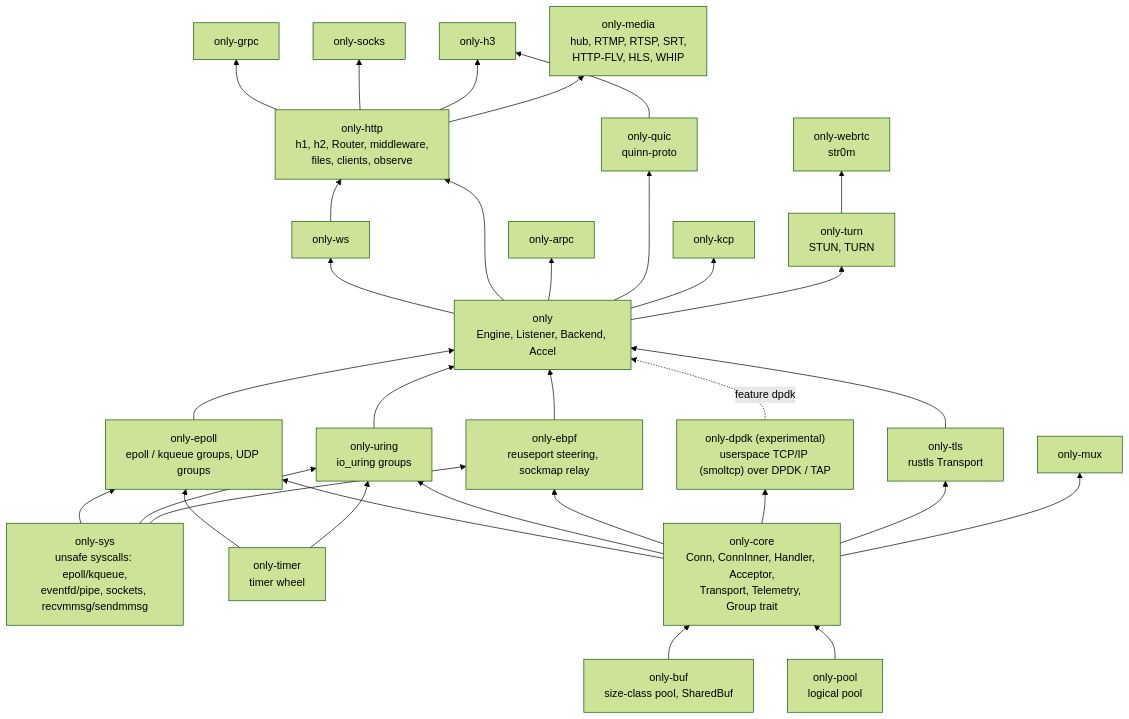
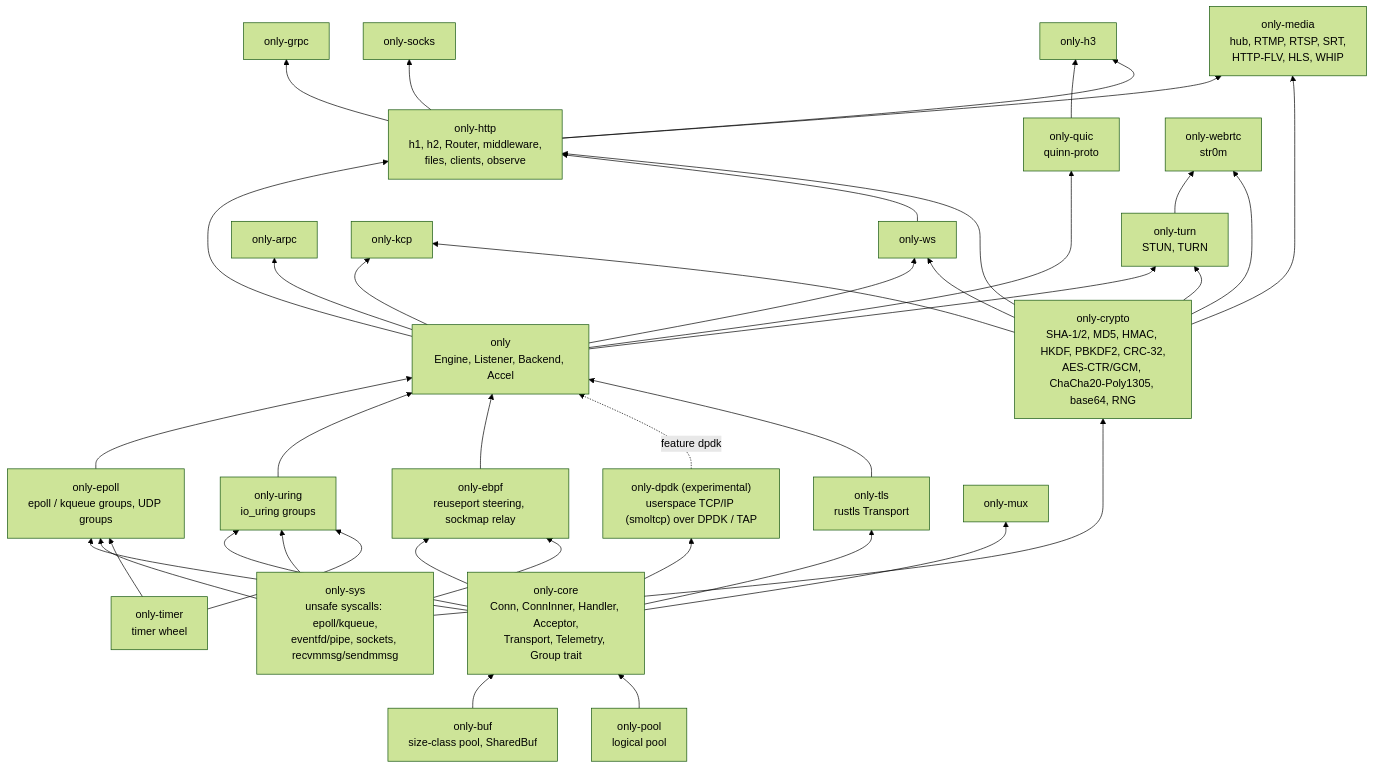
Before and after one commit to lesismal/akio: the first of 6 diagrams in docs/architecture.md, drawn with Mermaid (forest theme). The commit also changed other lines of this file and 90 other files, not shown here.

````diff
--- a/docs/architecture.md
+++ b/docs/architecture.md
@@ -13,58 +13,66 @@
 ```mermaid
 flowchart BT
     sys["only-sys<br/>unsafe syscalls: epoll/kqueue,<br/>eventfd/pipe, sockets, recvmmsg/sendmmsg"]
+    crypto["only-crypto<br/>SHA-1/2, MD5, HMAC, HKDF, PBKDF2, CRC-32,<br/>AES-CTR/GCM, ChaCha20-Poly1305, base64, RNG"]
     buf["only-buf<br/>size-class pool, SharedBuf"]
     timer["only-timer<br/>timer wheel"]
     pool["only-pool<br/>logical pool"]
     core["only-core<br/>Conn, ConnInner, Handler, Acceptor,<br/>Transport, Telemetry, Group trait"]
     epoll["only-epoll<br/>epoll / kqueue groups, UDP groups"]
     uring["only-uring<br/>io_uring groups"]
     ebpf["only-ebpf<br/>reuseport steering, sockmap relay"]
     dpdk["only-dpdk (experimental)<br/>userspace TCP/IP (smoltcp) over DPDK / TAP"]
     tls["only-tls<br/>rustls Transport"]
     facade["only<br/>Engine, Listener, Backend, Accel"]
     http["only-http<br/>h1, h2, Router, middleware,<br/>files, clients, observe"]
     ws[only-ws]
     grpc[only-grpc]
     arpc[only-arpc]
     socks[only-socks]
     mux[only-mux]
     quic["only-quic<br/>quinn-proto"]
     h3[only-h3]
     kcp[only-kcp]
     turn["only-turn<br/>STUN, TURN"]
     webrtc["only-webrtc<br/>str0m"]
     media["only-media<br/>hub, RTMP, RTSP, SRT,<br/>HTTP-FLV, HLS, WHIP"]
 
     buf --> core
     pool --> core
     core --> epoll
     sys --> epoll
     timer --> epoll
     core --> uring
     sys --> uring
     timer --> uring
     core --> ebpf
     core --> dpdk
     sys --> ebpf
     core --> tls
     epoll --> facade
     uring --> facade
     ebpf --> facade
     dpdk -.->|feature dpdk| facade
     tls --> facade
     facade --> ws
     facade --> http
     ws --> http
     http --> grpc
     facade --> arpc
     http --> socks
     core --> mux
     facade --> quic
     quic --> h3
     http --> h3
     facade --> kcp
     facade --> turn
     turn --> webrtc
     http --> media
+    sys --> crypto
+    crypto --> ws
+    crypto --> http
+    crypto --> kcp
+    crypto --> turn
+    crypto --> webrtc
+    crypto --> media
 ```
````
